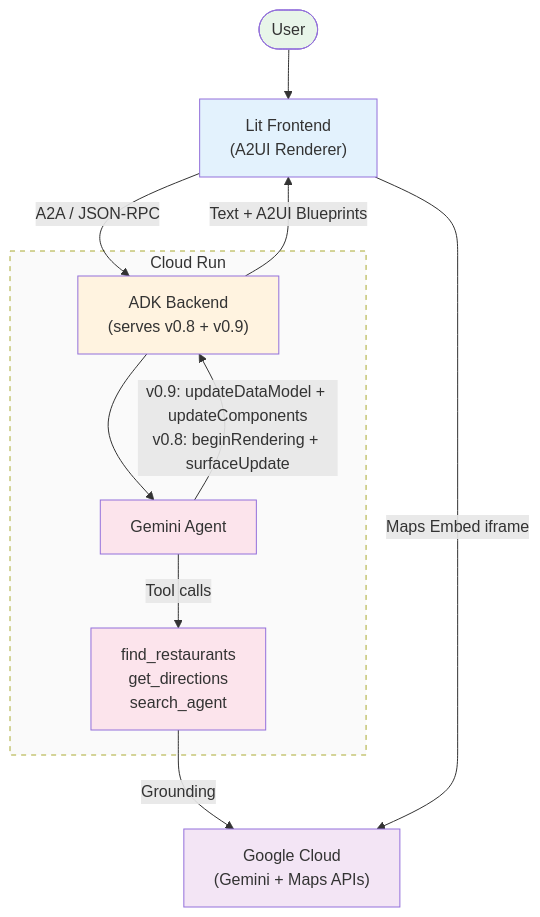
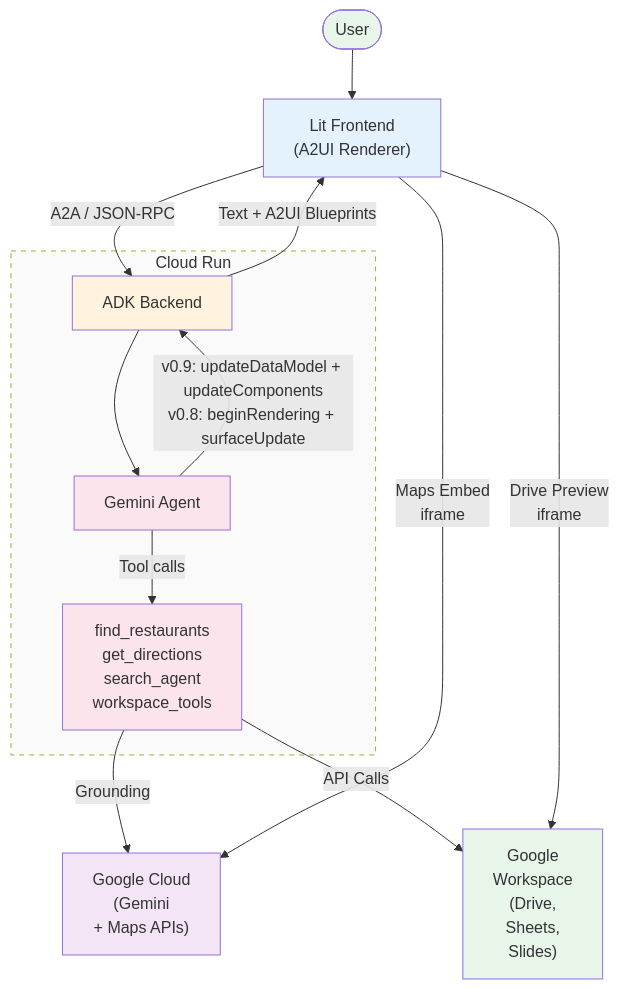
The diagram in docs/system_diagram.md (wadave/agent-a2ui-demo), drawn with Mermaid before and after one commit. The commit also changed 2 other files, not shown here.

Commit message:
chore:update readme and mermaid diagram

````diff
--- a/docs/system_diagram.md
+++ b/docs/system_diagram.md
@@ -3,28 +3,31 @@
 ```mermaid
 graph TB
-    User([User]) --> FE["Lit Frontend\n(A2UI Renderer)"]
+    User([User]) --> FE["Lit Frontend<br/>(A2UI Renderer)"]
 
     FE -->|"A2A / JSON-RPC"| BE
 
     subgraph CloudRun["Cloud Run"]
-        BE["ADK Backend\n(serves v0.8 + v0.9)"]
+        BE["ADK Backend"]
         Agent["Gemini Agent"]
-        Tools["find_restaurants\nget_directions\nsearch_agent"]
+        Tools["find_restaurants<br/>get_directions<br/>search_agent<br/>workspace_tools"]
 
         BE --> Agent
         Agent -->|"Tool calls"| Tools
-        Agent -->|"v0.9: updateDataModel + updateComponents\nv0.8: beginRendering + surfaceUpdate"| BE
+        Agent -->|"v0.9: updateDataModel + updateComponents<br/>v0.8: beginRendering + surfaceUpdate"| BE
     end
 
     BE -->|"Text + A2UI Blueprints"| FE
-    Tools -->|"Grounding"| GCP["Google Cloud\n(Gemini + Maps APIs)"]
-    FE -->|"Maps Embed iframe"| GCP
+    Tools -->|"Grounding"| GCP["Google Cloud<br/>(Gemini<br/>+ Maps APIs)"]
+    Tools -->|"API Calls"| GWS["Google<br/>Workspace<br/>(Drive,<br/>Sheets,<br/>Slides)"]
+    FE -->|"Maps Embed<br/> iframe"| GCP
+    FE -->|"Drive Preview <br/>iframe"| GWS
 
     style User fill:#e8f5e9
     style FE fill:#e3f2fd
     style BE fill:#fff3e0
     style Agent fill:#fce4ec
     style Tools fill:#fce4ec
     style GCP fill:#f3e5f5
+    style GWS fill:#e8f5e9
     style CloudRun stroke-dasharray:5 5,fill:#fafafa
 ```
````
